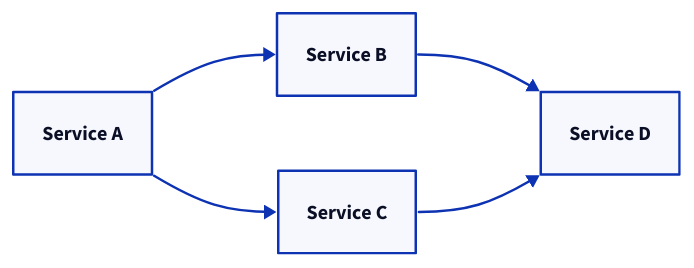
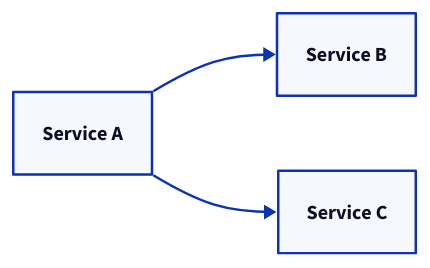
One commit to link1905/system-design-101 changed diagram 11 of 14 in content/web-service/service-cluster.md. Above: the diagram before and after it, drawn with D2. The commit also changed other lines of this file and 13 other files, not shown here.

````diff
--- a/content/web-service/service-cluster.md
+++ b/content/web-service/service-cluster.md
@@ -328,19 +340,14 @@
 ```d2
 direction: right
 a: Service A {
    class: server
 }
 b: Service B {
    class: server
 }
 c: Service C {
    class: server
 }
-d: Service D {
-   class: server
-}
 a -> b
 a -> c
-b -> d
-c -> d
 ```
````
